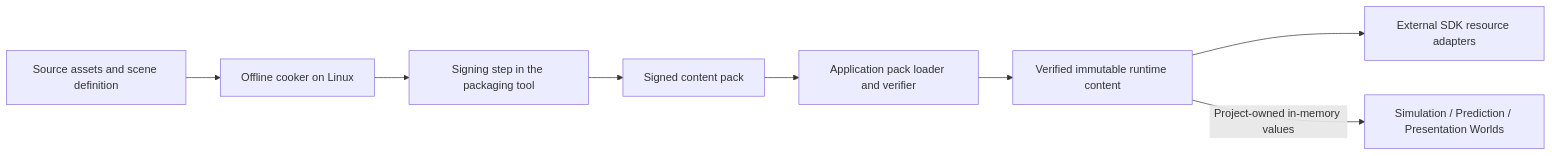
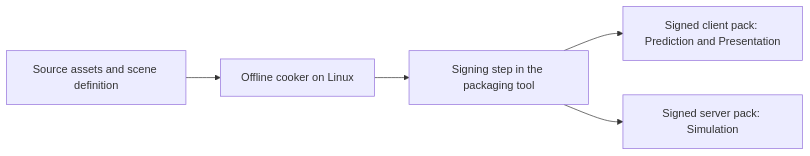
The diagram in docs/cooker-and-packs.md (sergioffpc/blackflower), drawn with Mermaid before and after one commit. The commit also changed other lines of this file and 11 other files, not shown here.

````diff
--- a/docs/cooker-and-packs.md
+++ b/docs/cooker-and-packs.md
@@ -7,14 +9,11 @@
 ```mermaid
 flowchart LR
     source["Source assets and scene definition"]
     cooker["Offline cooker on Linux"]
     signer["Signing step in the packaging tool"]
-    pack["Signed content pack"]
-    loader["Application pack loader and verifier"]
-    data["Verified immutable runtime content"]
-    sdk["External SDK resource adapters"]
-    ecs["Simulation / Prediction / Presentation Worlds"]
-    source --> cooker --> signer --> pack --> loader --> data
-    data --> sdk
-    data -->|Project-owned in-memory values| ecs
+    clientPack["Signed client pack: Prediction and Presentation"]
+    serverPack["Signed server pack: Simulation"]
+    source --> cooker --> signer
+    signer --> clientPack
+    signer --> serverPack
 ```
````
